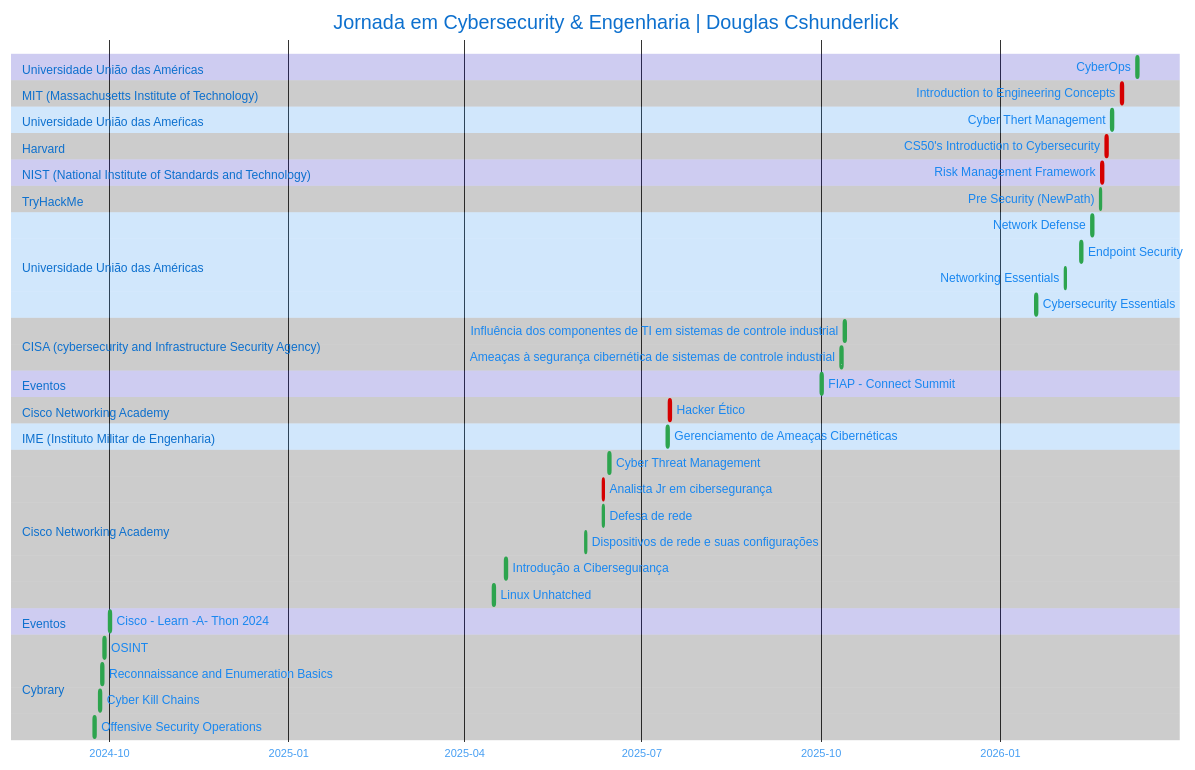
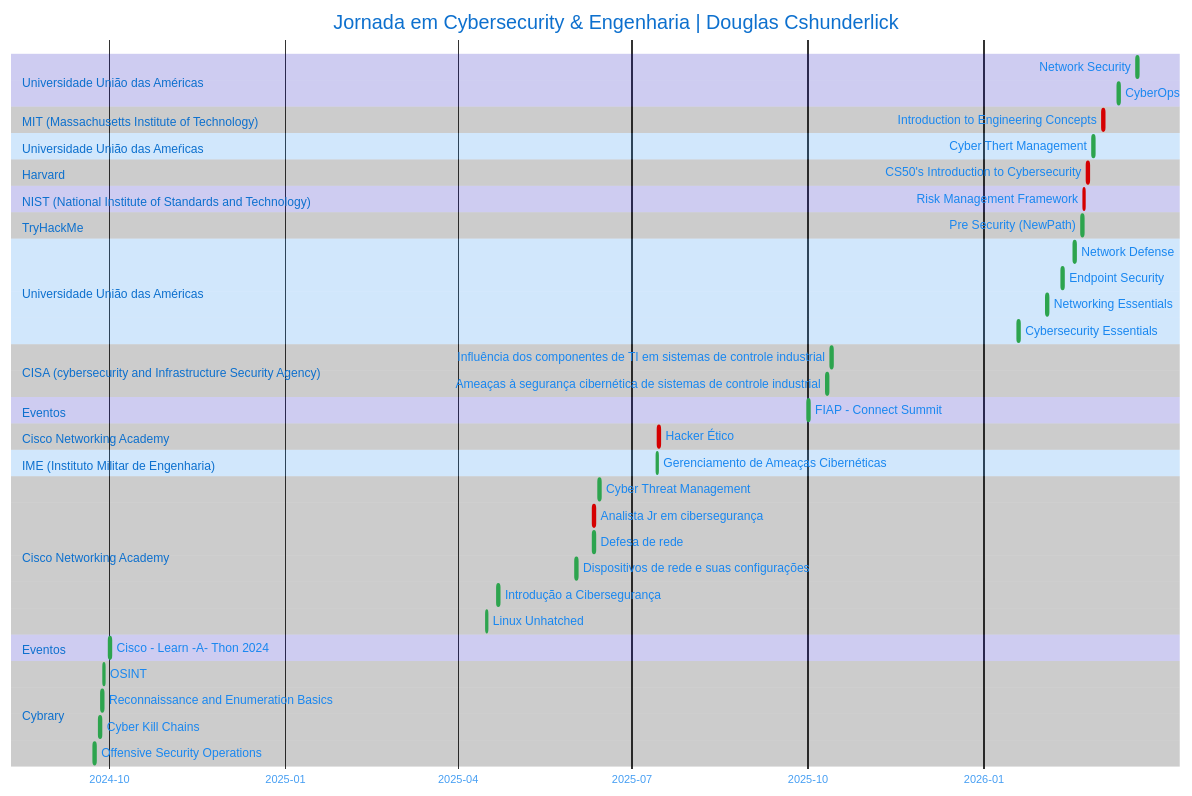
The diagram in README.md (douglascshun/douglascshun), drawn with Mermaid before and after one commit.

Commit message:
Add Network Security course to README

````diff
--- a/README.md
+++ b/README.md
@@ -643,73 +643,77 @@
 ```mermaid
 %%{ init: { 
   'theme': 'base',   
   'themeVariables': { 
     'primaryColor': '#1987F0',             
     'primaryTextColor': '#1987F0',         
     'sectionBkgColor': '#0E00B7',       
     'altSectionBkgColor': '#000000',       
     'doneTaskBorderColor': '#2da44e',
     'critBorderColor': '#d50000',
     'todayMarkerColor': '#000000'          
   } 
 } }%%
 gantt
     title Jornada em Cybersecurity & Engenharia | Douglas Cshunderlick
     dateFormat  YYYY-MM-DD
     axisFormat %Y-%m
 
+    
+    section Universidade União das Américas  
+    Network Security                                                     :done, 2026-03-22, 1d
+    
     section Universidade União das Américas  
     CyberOps                                                             :done, 2026-03-12, 1d
 
     section MIT (Massachusetts Institute of Technology)
     Introduction to Engineering Concepts                                 :crit, 2026-03-04, 1d
 
     section Universidade União das Ameŕicas 
     Cyber Thert Management                                               :done, 2026-02-27, 1d
 
     section Harvard
     CS50's Introduction to Cybersecurity                                 :crit, 2026-02-24, 1d
 
     section NIST (National Institute of Standards and Technology)
     Risk Management Framework                                            :crit, 2026-02-22, 1d
 
     section TryHackMe
     Pre Security (NewPath)                                               :done, 2026-02-21, 1d 
     
     section Universidade União das Américas
     Network Defense                                                      :done, 2026-02-17, 1d
     Endpoint Security                                                    :done, 2026-02-11, 1d
     Networking Essentials                                                :done, 2026-02-03, 1d
     Cybersecurity Essentials                                             :done, 2026-01-19, 1d
 
     section CISA (cybersecurity and Infrastructure Security Agency)
     Influência dos componentes de TI em sistemas de controle industrial  :done, 2025-10-13, 1d
     Ameaças à segurança cibernética de sistemas de controle industrial   :done, 2025-10-11, 1d  
 
     section Eventos
     FIAP - Connect Summit                                                :done, 2025-10, 1d
 
     section Cisco Networking Academy  
     Hacker Ético                                                         :crit, 2025-07-15, 1d
 
     section IME (Instituto Militar de Engenharia)
     Gerenciamento de Ameaças Cibernéticas                                :done, 2025-07-14, 1d
 
     section Cisco Networking Academy
     Cyber Threat Management                                              :done, 2025-06-14, 1d
     Analista Jr em cibersegurança                                        :crit, 2025-06-11, 1d
     Defesa de rede                                                       :done, 2025-06-11, 1d
     Dispositivos de rede e suas configurações                            :done, 2025-06-02, 1d
     Introdução a Cibersegurança                                          :done, 2025-04-22, 1d
     Linux Unhatched                                                      :done, 2025-04-16, 1d
 
     section Eventos 
     Cisco - Learn -A- Thon 2024                                          :done, 2024-10, 1d
 
 
     section Cybrary
     OSINT                                                                :done, 2024-09-28, 1d
     Reconnaissance and Enumeration Basics                                :done, 2024-09-27, 1d
     Cyber Kill Chains                                                    :done, 2024-09-26, 1d
     Offensive Security Operations                                        :done, 2024-09-23, 1d
 ```
````
